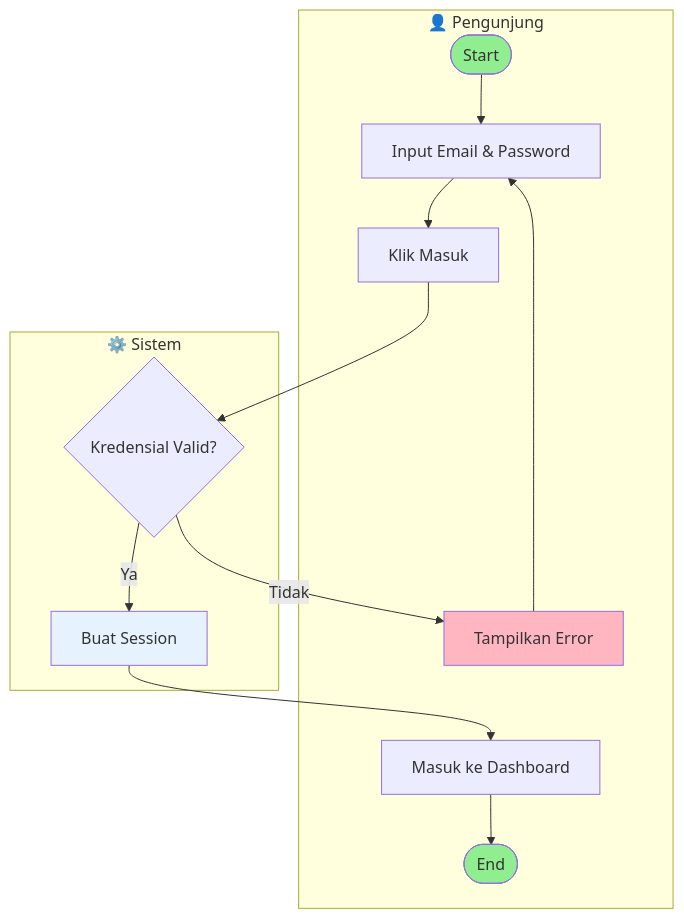
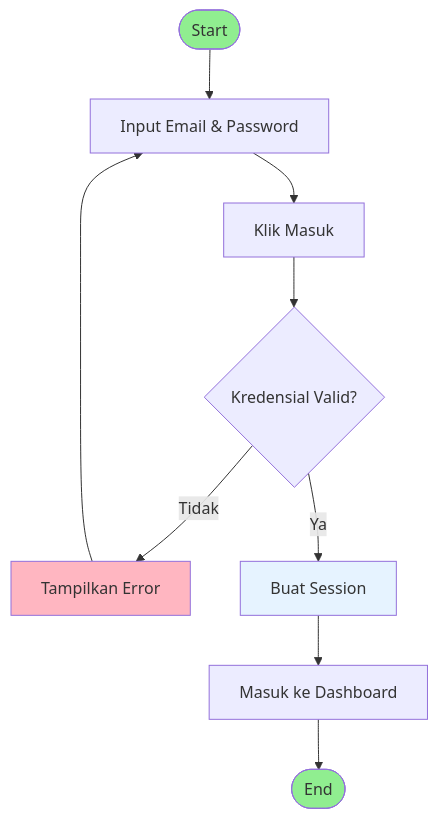
The second of 11 diagrams in ACTIVITY_DIAGRAMS.md (FarhanEfendi21/FlowDay), drawn with Mermaid before and after one commit. The commit also changed other lines of this file, not shown here.

Commit message:
fix activity diagram

````diff
--- a/ACTIVITY_DIAGRAMS.md
+++ b/ACTIVITY_DIAGRAMS.md
@@ -59,23 +52,16 @@
 ```mermaid
-graph TD
-    subgraph Guest["👤 Pengunjung"]
-        A([Start]) --> B[Input Email & Password]
-        B --> C[Klik Masuk]
-        E[Tampilkan Error] --> B
-        G[Masuk ke Dashboard] --> H([End])
-    end
-    
-    subgraph System["⚙️ Sistem"]
-        D{Kredensial Valid?}
-        D -->|Tidak| E
-        D -->|Ya| F[Buat Session]
-        F --> G
-    end
-    
-    C --> D
+flowchart TB
+    Start([Start]) --> A[Input Email & Password]
+    A --> B[Klik Masuk]
+    B --> C{Kredensial Valid?}
+    C -->|Tidak| D[Tampilkan Error]
+    D --> A
+    C -->|Ya| E[Buat Session]
+    E --> F[Masuk ke Dashboard]
+    F --> End([End])
 
-    style A fill:#90EE90
-    style H fill:#90EE90
-    style E fill:#FFB6C1
-    style F fill:#E6F3FF
+    style Start fill:#90EE90
+    style End fill:#90EE90
+    style D fill:#FFB6C1
+    style E fill:#E6F3FF
 ```
````
